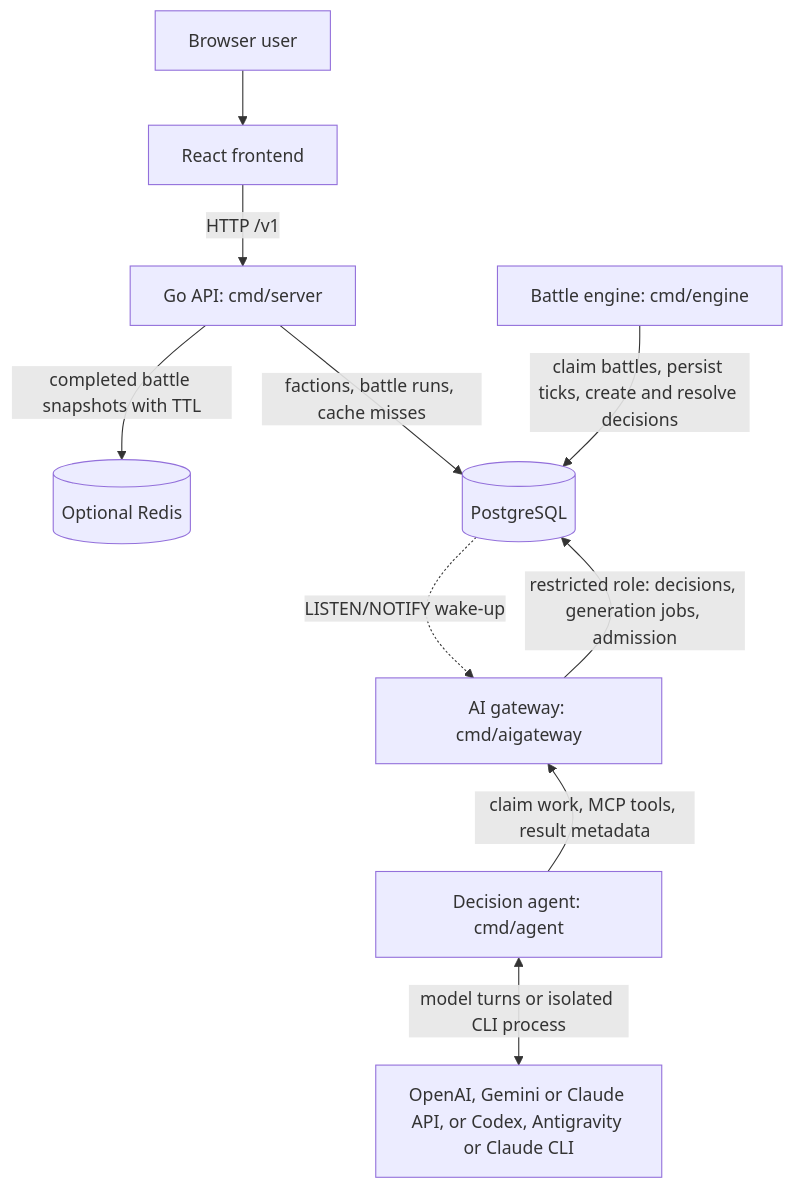
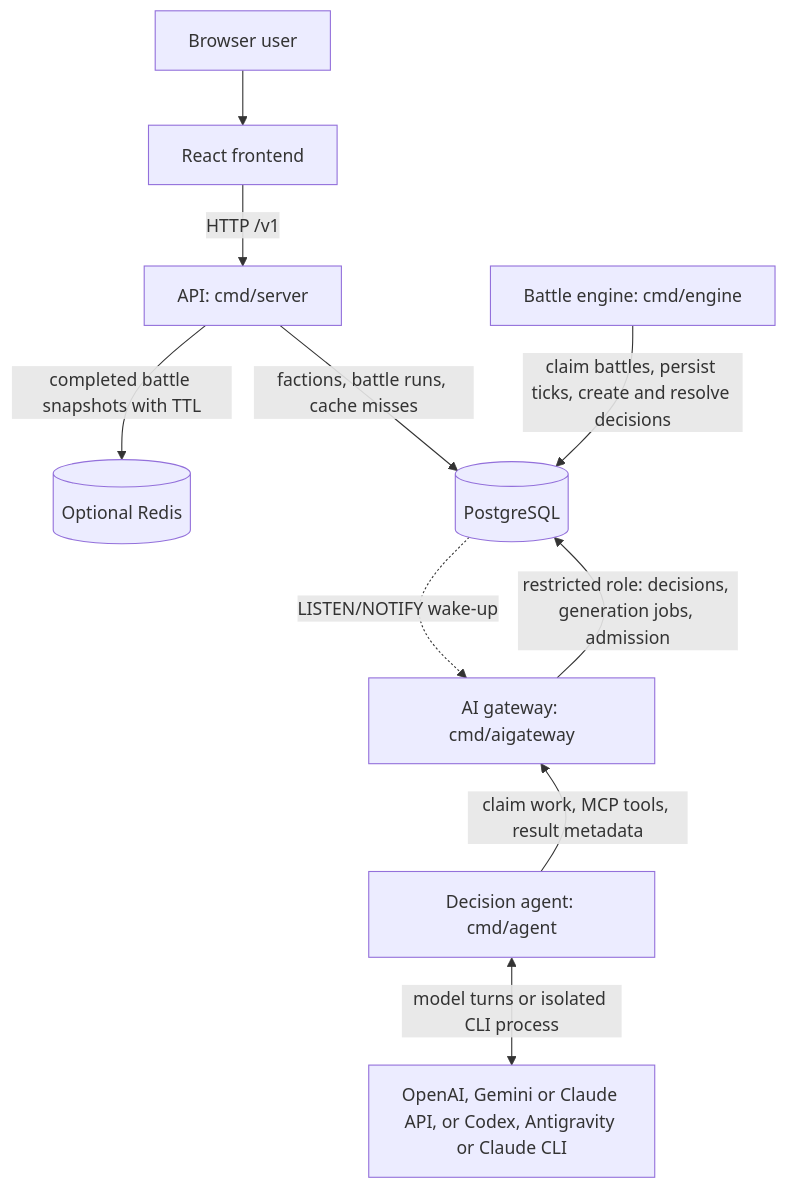
The first of 5 diagrams in docs/architecture/system-architecture.md (twhAuto/autonomous_battlefield), drawn with Mermaid before and after one commit. The commit also changed other lines of this file and 1 other file, not shown here.

First line of the commit message:
AB-250: Restructure the system architecture doc to read top to bottom

````diff
--- a/docs/architecture/system-architecture.md
+++ b/docs/architecture/system-architecture.md
@@ -41,23 +66,23 @@
 ```mermaid
 flowchart TB
     User[Browser user]
     UI[React frontend]
-    API["Go API: cmd/server"]
+    API["API: cmd/server"]
     Engine["Battle engine: cmd/engine"]
     DB[(PostgreSQL)]
     Cache[(Optional Redis)]
     Gateway["AI gateway: cmd/aigateway"]
     Agent["Decision agent: cmd/agent"]
     Provider["OpenAI, Gemini or Claude API, or Codex, Antigravity or Claude CLI"]
 
     User --> UI
     UI -->|HTTP /v1| API
     API -->|completed battle snapshots with TTL| Cache
     API -->|factions, battle runs, cache misses| DB
     Engine -->|claim battles, persist ticks, create and resolve decisions| DB
     DB -.->|LISTEN/NOTIFY wake-up| Gateway
     Gateway -->|restricted role: decisions, generation jobs, admission| DB
     Gateway ~~~ Agent
     Agent -->|claim work, MCP tools, result metadata| Gateway
     Agent <-->|model turns or isolated CLI process| Provider
 ```
````
